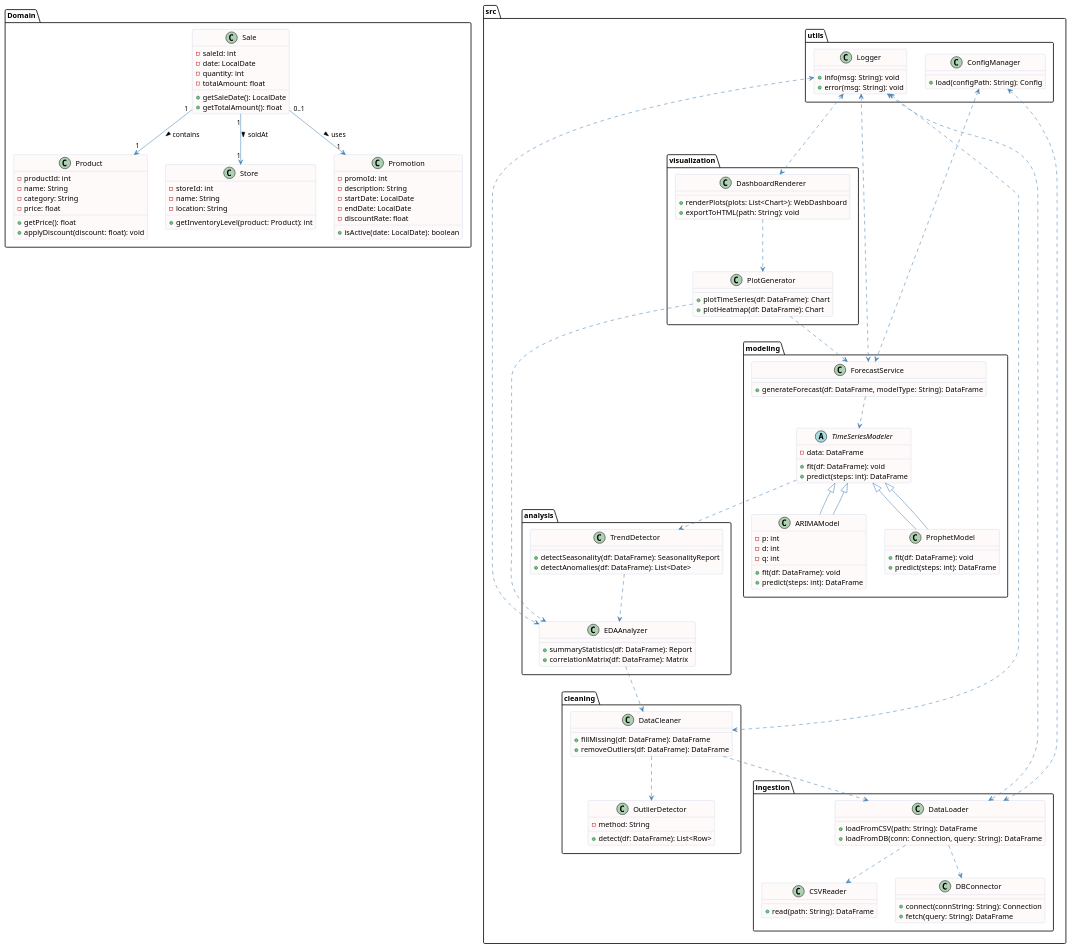
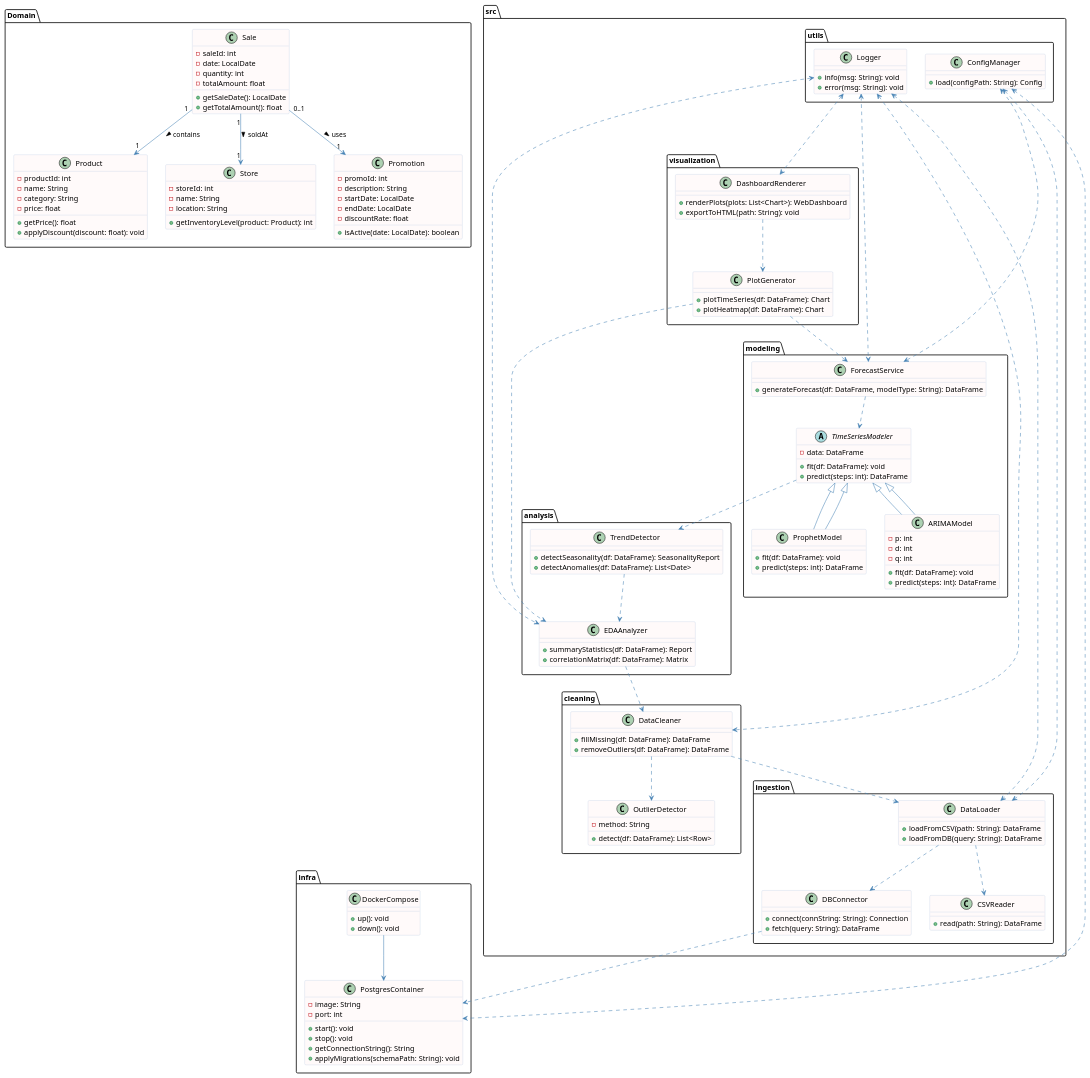
Before and after one commit to Ares-Infenus/Retail_Sales_Trend_Analysis: the diagram in docs/diagrams/class_diagram.puml, drawn with PlantUML. The commit also changed 8 other files, not shown here.

First line of the commit message:
refactor(arquitectura): dockerizar PostgreSQL, reorganizar carpetas y actualizar UML

```diff
--- a/docs/diagrams/class_diagram.puml
+++ b/docs/diagrams/class_diagram.puml
@@ -1,159 +1,176 @@
 @startuml
 '————————————————————————————————————
-' Diagrama de Clases - Retail Sales Analysis
+' Diagrama de Clases - Retail Sales Analysis (con Infraestructura Docker/PostgreSQL)
 ' Nivel: Senior | Estilo: Elegante y Profesional
 '————————————————————————————————————
 
 skinparam class {
   BackgroundColor Snow
   ArrowColor SteelBlue
   BorderColor LightSteelBlue
   RoundCorner 10
 }
 
 ' Paquetes de dominio
 package "Domain" {
   class Sale {
     - saleId: int
     - date: LocalDate
     - quantity: int
     - totalAmount: float
     + getSaleDate(): LocalDate
     + getTotalAmount(): float
   }
   class Product {
     - productId: int
     - name: String
     - category: String
     - price: float
     + getPrice(): float
     + applyDiscount(discount: float): void
   }
   class Store {
     - storeId: int
     - name: String
     - location: String
     + getInventoryLevel(product: Product): int
   }
   class Promotion {
     - promoId: int
     - description: String
     - startDate: LocalDate
     - endDate: LocalDate
     - discountRate: float
     + isActive(date: LocalDate): boolean
   }
 }
 
-' Asociaciones de Dominio
-Sale "1" --> "1" Product : contains >
-Sale "1" --> "1" Store   : soldAt >
+Sale "1" --> "1" Product    : contains >
+Sale "1" --> "1" Store      : soldAt >
 Sale "0..1" --> "1" Promotion : uses >
 
 ' Paquete de Ingestión
 package "src.ingestion" {
   class CSVReader {
     + read(path: String): DataFrame
   }
   class DBConnector {
     + connect(connString: String): Connection
     + fetch(query: String): DataFrame
   }
   class DataLoader {
     + loadFromCSV(path: String): DataFrame
-    + loadFromDB(conn: Connection, query: String): DataFrame
+    + loadFromDB(query: String): DataFrame
   }
 }
 DataLoader ..> CSVReader
 DataLoader ..> DBConnector
 
 ' Paquete de Limpieza
 package "src.cleaning" {
   class DataCleaner {
     + fillMissing(df: DataFrame): DataFrame
     + removeOutliers(df: DataFrame): DataFrame
   }
   class OutlierDetector {
     - method: String
     + detect(df: DataFrame): List<Row>
   }
 }
 DataCleaner ..> OutlierDetector
 DataCleaner ..> DataLoader
 
 ' Paquete de Análisis
 package "src.analysis" {
   class EDAAnalyzer {
     + summaryStatistics(df: DataFrame): Report
     + correlationMatrix(df: DataFrame): Matrix
   }
   class TrendDetector {
     + detectSeasonality(df: DataFrame): SeasonalityReport
     + detectAnomalies(df: DataFrame): List<Date>
   }
 }
 TrendDetector ..> EDAAnalyzer
 EDAAnalyzer ..> DataCleaner
 
 ' Paquete de Modelado
 package "src.modeling" {
   abstract class TimeSeriesModeler {
     - data: DataFrame
     + fit(df: DataFrame): void
     + predict(steps: int): DataFrame
   }
   class ARIMAModel extends TimeSeriesModeler {
     - p: int
     - d: int
     - q: int
     + fit(df: DataFrame): void
     + predict(steps: int): DataFrame
   }
   class ProphetModel extends TimeSeriesModeler {
     + fit(df: DataFrame): void
     + predict(steps: int): DataFrame
   }
   class ForecastService {
     + generateForecast(df: DataFrame, modelType: String): DataFrame
   }
 }
 ForecastService ..> TimeSeriesModeler
 ARIMAModel --|> TimeSeriesModeler
 ProphetModel --|> TimeSeriesModeler
 TimeSeriesModeler ..> TrendDetector
 
 ' Paquete de Visualización
 package "src.visualization" {
   class PlotGenerator {
     + plotTimeSeries(df: DataFrame): Chart
     + plotHeatmap(df: DataFrame): Chart
   }
   class DashboardRenderer {
     + renderPlots(plots: List<Chart>): WebDashboard
     + exportToHTML(path: String): void
   }
 }
 PlotGenerator ..> EDAAnalyzer
 PlotGenerator ..> ForecastService
 DashboardRenderer ..> PlotGenerator
 
 ' Paquete de Utilidades
 package "src.utils" {
   class Logger {
     + info(msg: String): void
     + error(msg: String): void
   }
   class ConfigManager {
     + load(configPath: String): Config
   }
 }
-' Dependencias transversales
 Logger <..> DataLoader
 Logger <..> DataCleaner
 Logger <..> EDAAnalyzer
 Logger <..> ForecastService
 Logger <..> DashboardRenderer
 ConfigManager <..> DataLoader
 ConfigManager <..> ForecastService
 
+' Paquete de Infraestructura
+package "infra" {
+  class DockerCompose {
+    + up(): void
+    + down(): void
+  }
+  class PostgresContainer {
+    - image: String
+    - port: int
+    + start(): void
+    + stop(): void
+    + getConnectionString(): String
+    + applyMigrations(schemaPath: String): void
+  }
+}
+DockerCompose --> PostgresContainer
+DBConnector ..> PostgresContainer
+ConfigManager <..> PostgresContainer
+
 @enduml
```
